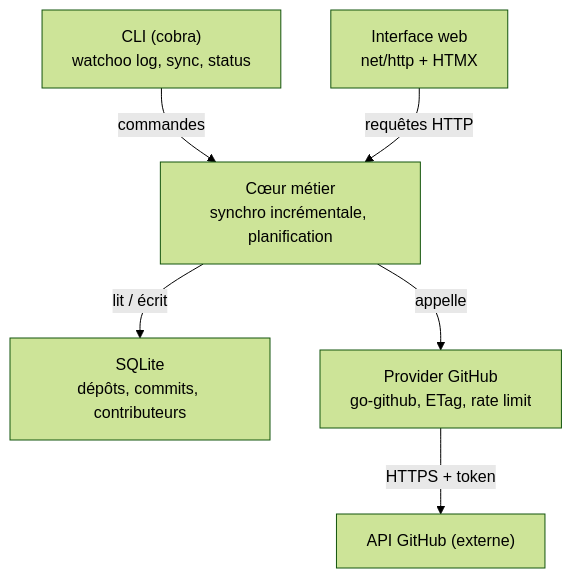
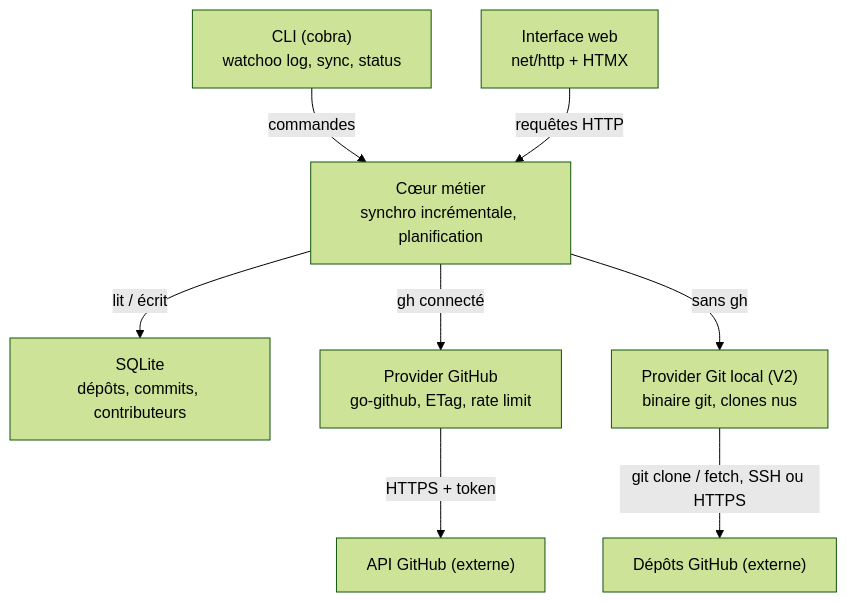
Before and after one commit to studoo-app/watchoo: the diagram in documentation/03-architecture.md, drawn with Mermaid (forest theme). The commit also changed other lines of this file and 70 other files, not shown here.

First line of the commit message:
feat: dépôts Git locaux

````diff
--- a/documentation/03-architecture.md
+++ b/documentation/03-architecture.md
@@ -10,8 +10,10 @@
 ```mermaid
 flowchart TD
     CLI["CLI (cobra)<br/>watchoo log, sync, status"] -->|commandes| CORE
     WEB["Interface web<br/>net/http + HTMX"] -->|requêtes HTTP| CORE
     CORE["Cœur métier<br/>synchro incrémentale, planification"] -->|lit / écrit| DB["SQLite<br/>dépôts, commits, contributeurs"]
-    CORE -->|appelle| PROV["Provider GitHub<br/>go-github, ETag, rate limit"]
+    CORE -->|gh connecté| PROV["Provider GitHub<br/>go-github, ETag, rate limit"]
     PROV -->|HTTPS + token| API["API GitHub (externe)"]
+    CORE -->|sans gh| GITP["Provider Git local (V2)<br/>binaire git, clones nus"]
+    GITP -->|git clone / fetch, SSH ou HTTPS| REMOTE["Dépôts GitHub (externe)"]
 ```
````
